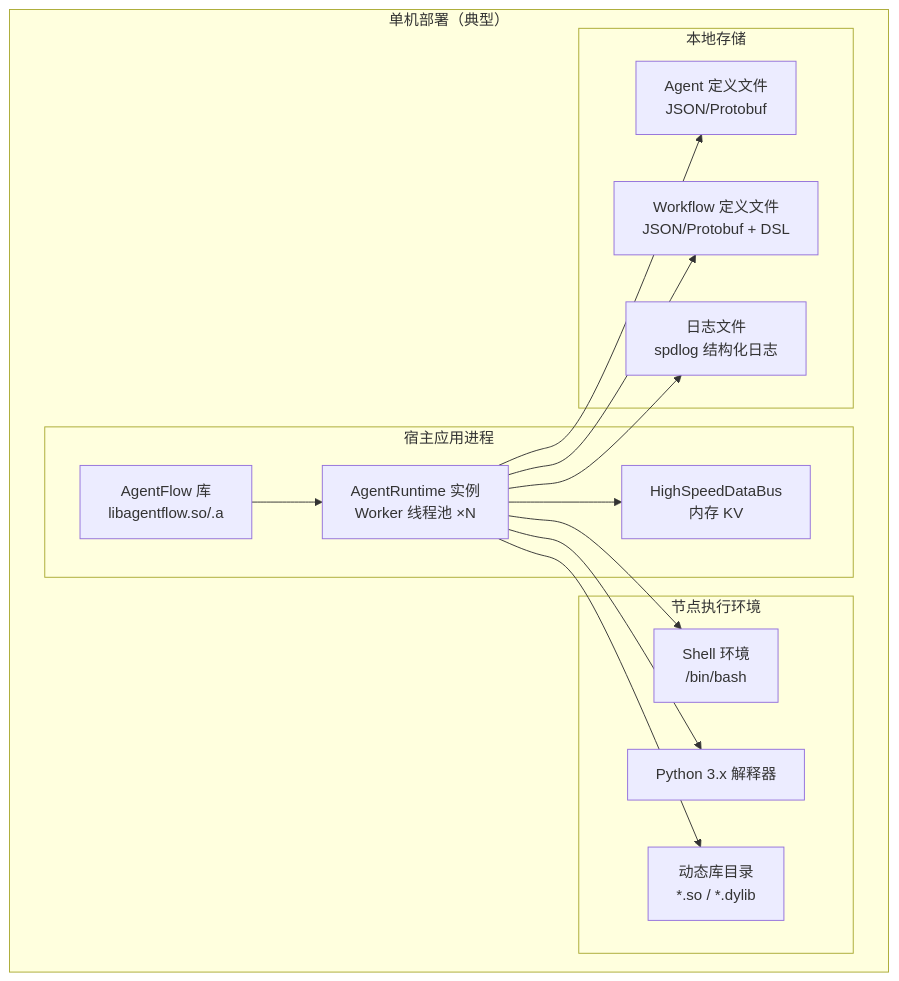
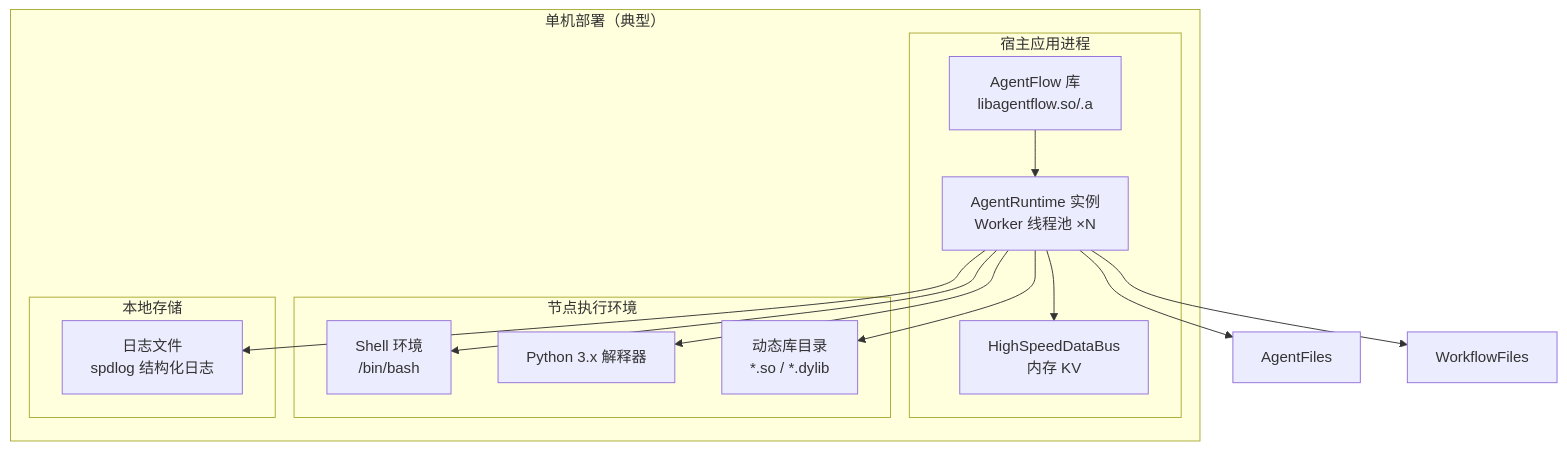
One commit to xyz11274/agentf changed diagram 17 of 17 in docs/ARCHITECTURE.md. Above: the diagram before and after it, drawn with Mermaid. The commit also changed other lines of this file and 29 other files, not shown here.

````diff
--- a/docs/ARCHITECTURE.md
+++ b/docs/ARCHITECTURE.md
@@ -1533,25 +1505,23 @@
 ```mermaid
 graph TB
     subgraph SingleHost["单机部署（典型）"]
         subgraph HostApp["宿主应用进程"]
             AgentFlowLib["AgentFlow 库\nlibagentflow.so/.a"]
             AgentInst["AgentRuntime 实例\nWorker 线程池 ×N"]
             DataBusInst["HighSpeedDataBus\n内存 KV"]
         end
         subgraph NodeExecutors["节点执行环境"]
             ShellEnv["Shell 环境\n/bin/bash"]
             PythonEnv["Python 3.x 解释器"]
             SOLibs["动态库目录\n*.so / *.dylib"]
         end
         subgraph LocalStorage["本地存储"]
-            AgentFiles["Agent 定义文件\nJSON/Protobuf"]
-            WorkflowFiles["Workflow 定义文件\nJSON/Protobuf + DSL"]
             LogFiles["日志文件\nspdlog 结构化日志"]
         end
     end
 
     AgentInst --> ShellEnv & PythonEnv & SOLibs
     AgentInst --> DataBusInst
     AgentFlowLib --> AgentInst
     AgentInst --> AgentFiles & WorkflowFiles & LogFiles
 ```
````
